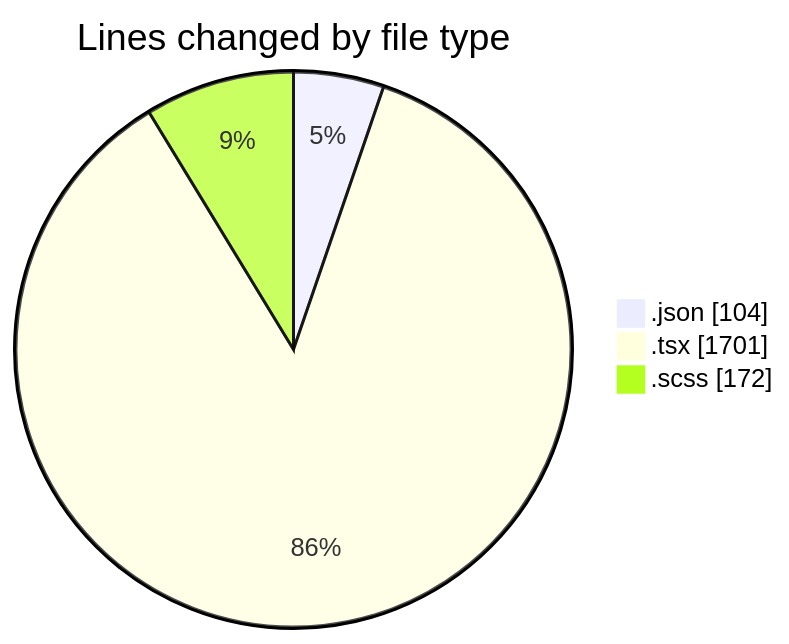
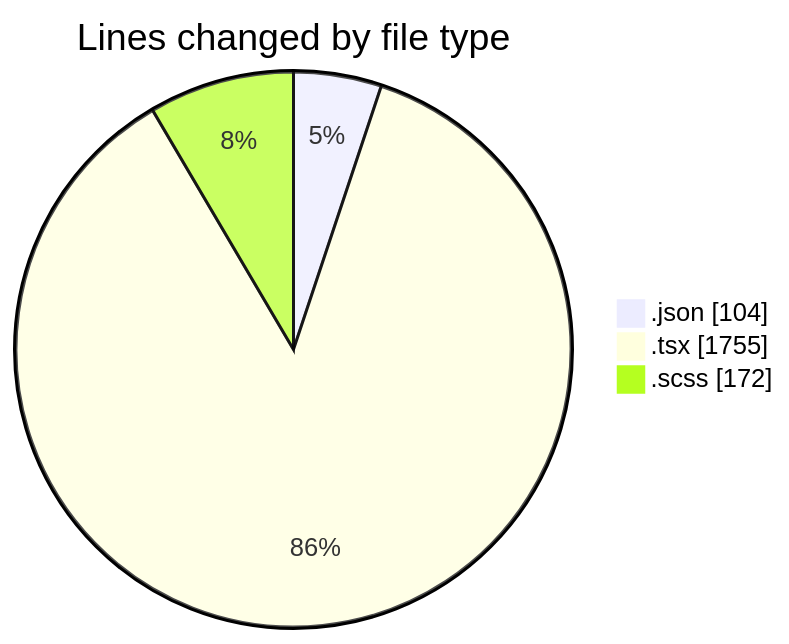
One commit to momahboobian/code-tracking changed the first of 2 diagrams in 2025-08-20/cda/README.md. Above: the diagram before and after it, drawn with Mermaid. The commit also changed other lines of this file and 1 other file, not shown here.

````diff
--- a/2025-08-20/cda/README.md
+++ b/2025-08-20/cda/README.md
@@ -26,7 +26,7 @@
 ```mermaid
 pie showData
 title Lines changed by file type
 ".json" : 104
-".tsx" : 1701
+".tsx" : 1755
 ".scss" : 172
 ```
````
